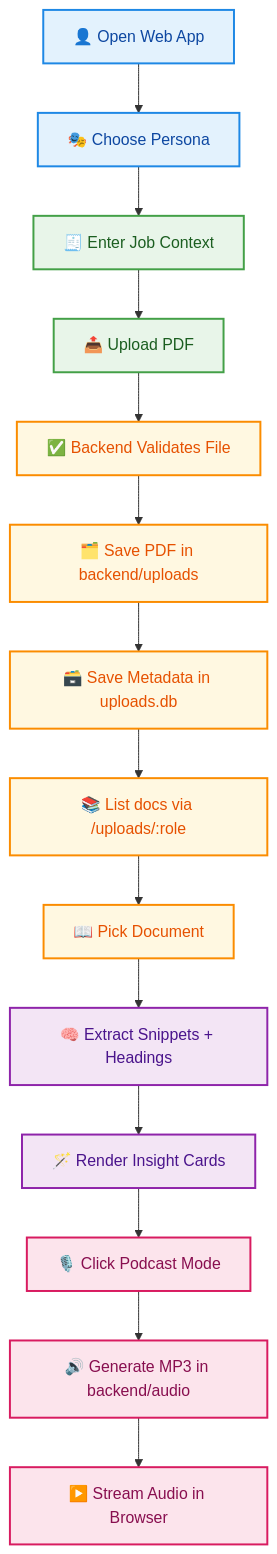
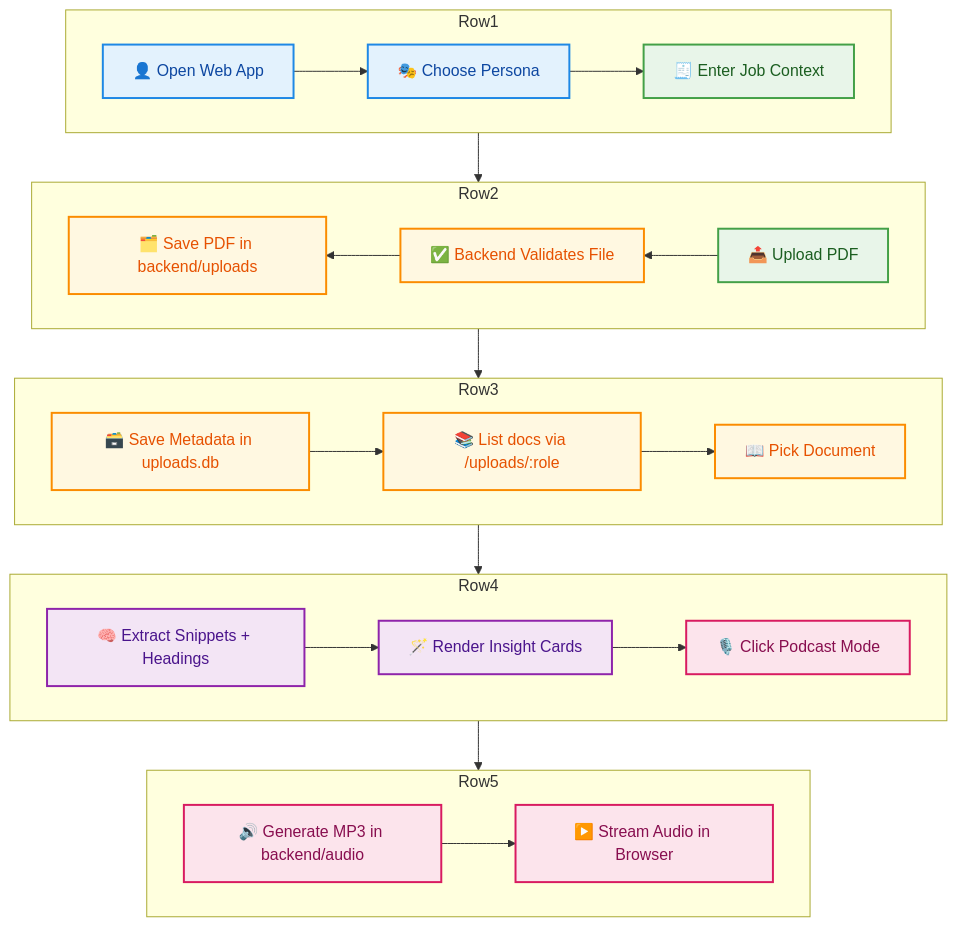
One commit to Ankitarai27/Adobe-Hackathon-2025 changed the first of 5 diagrams in README.md. Above: the diagram before and after it, drawn with Mermaid.

Commit message:
Refactor flowchart structure in README

````diff
--- a/README.md
+++ b/README.md
@@ -65,37 +65,48 @@
 ```mermaid
 flowchart TB
 
-    %% Row 1 →
+    subgraph Row1
+    direction LR
     A[👤 Open Web App] --> B[🎭 Choose Persona] --> C[🧾 Enter Job Context]
+    end
 
-    %% Row 2 ←
-    C --> D[📤 Upload PDF]
-    D --> E[✅ Backend Validates File]
-    E --> F[🗂️ Save PDF in backend/uploads]
+    subgraph Row2
+    direction RL
+    D[📤 Upload PDF] --> E[✅ Backend Validates File] --> F[🗂️ Save PDF in backend/uploads]
+    end
 
-    %% Force reverse direction
-    F --> G[🗃️ Save Metadata in uploads.db]
-    G --> H[📚 List docs via /uploads/:role]
-    H --> I[📖 Pick Document]
+    C --> D
 
-    %% Row 3 →
-    I --> J[🧠 Extract Snippets + Headings]
-    J --> K[🪄 Render Insight Cards]
+    subgraph Row3
+    direction LR
+    G[🗃️ Save Metadata in uploads.db] --> H[📚 List docs via /uploads/:role] --> I[📖 Pick Document]
+    end
 
-    %% Row 4 →
-    K --> L[🎙️ Click Podcast Mode]
-    L --> M[🔊 Generate MP3 in backend/audio]
-    M --> N[▶️ Stream Audio in Browser]
+    F --> G
+
+    subgraph Row4
+    direction LR
+    J[🧠 Extract Snippets + Headings] --> K[🪄 Render Insight Cards] --> L[🎙️ Click Podcast Mode]
+    end
+
+    I --> J
+
+    subgraph Row5
+    direction LR
+    M[🔊 Generate MP3 in backend/audio] --> N[▶️ Stream Audio in Browser]
+    end
+
+    L --> M
 
     classDef user fill:#E3F2FD,stroke:#1E88E5,color:#0D47A1,stroke-width:2px;
     classDef input fill:#E8F5E9,stroke:#43A047,color:#1B5E20,stroke-width:2px;
     classDef backend fill:#FFF8E1,stroke:#FB8C00,color:#E65100,stroke-width:2px;
     classDef insight fill:#F3E5F5,stroke:#8E24AA,color:#4A148C,stroke-width:2px;
     classDef audio fill:#FCE4EC,stroke:#D81B60,color:#880E4F,stroke-width:2px;
 
     class A,B user;
     class C,D input;
     class E,F,G,H,I backend;
     class J,K insight;
     class L,M,N audio;
 ```
````
